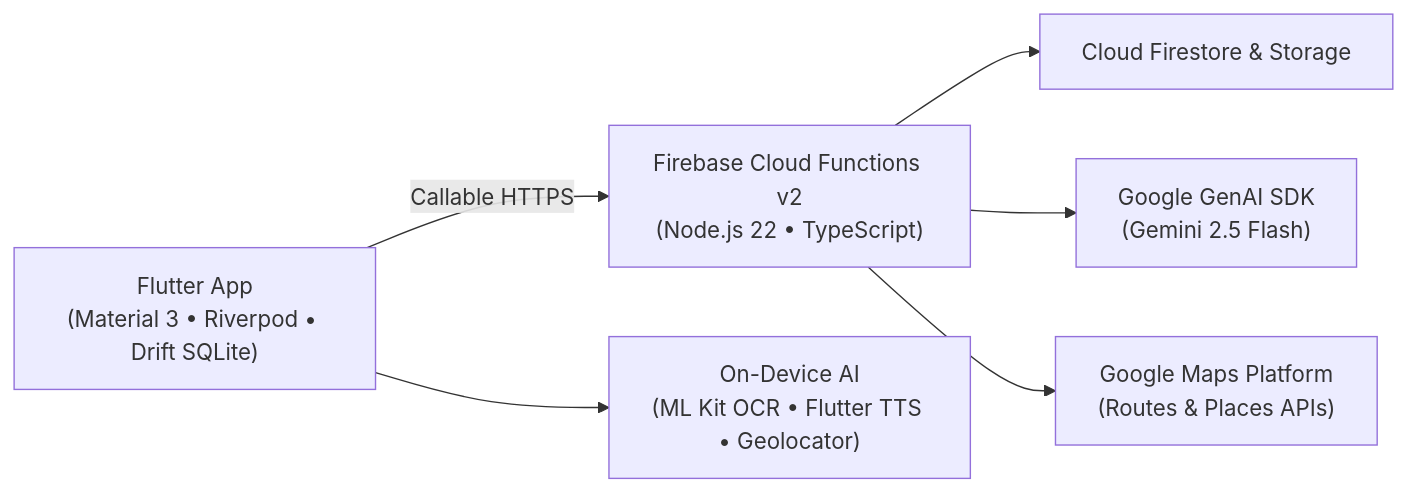
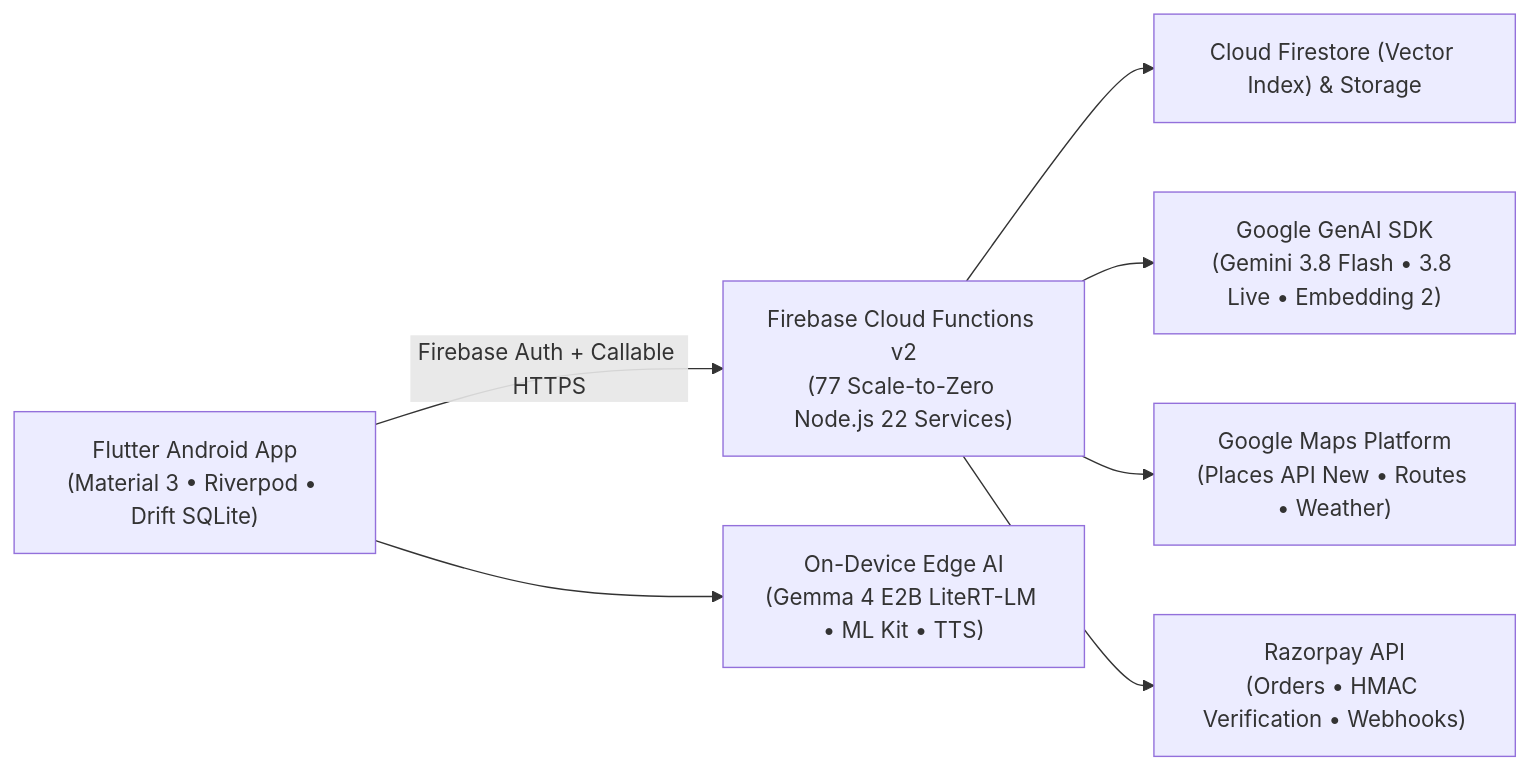
The diagram in README.md (Akhil-0190/locallens-app-prototype), drawn with Mermaid before and after one commit. The commit also changed other lines of this file, not shown here.

````diff
--- a/README.md
+++ b/README.md
@@ -48,8 +61,9 @@
 ```mermaid
 flowchart LR
-    A["Flutter App\n(Material 3 • Riverpod • Drift SQLite)"] -->|Callable HTTPS| B["Firebase Cloud Functions v2\n(Node.js 22 • TypeScript)"]
-    B --> C["Cloud Firestore & Storage"]
-    B --> D["Google GenAI SDK\n(Gemini 2.5 Flash)"]
-    B --> E["Google Maps Platform\n(Routes & Places APIs)"]
-    A --> F["On-Device AI\n(ML Kit OCR • Flutter TTS • Geolocator)"]
+    A["Flutter Android App\n(Material 3 • Riverpod • Drift SQLite)"] -->|Firebase Auth + Callable HTTPS| B["Firebase Cloud Functions v2\n(77 Scale-to-Zero Node.js 22 Services)"]
+    B --> C["Cloud Firestore (Vector Index) & Storage"]
+    B --> D["Google GenAI SDK\n(Gemini 3.8 Flash • 3.8 Live • Embedding 2)"]
+    B --> E["Google Maps Platform\n(Places API New • Routes • Weather)"]
+    B --> G["Razorpay API\n(Orders • HMAC Verification • Webhooks)"]
+    A --> F["On-Device Edge AI\n(Gemma 4 E2B LiteRT-LM • ML Kit • TTS)"]
 ```
````
